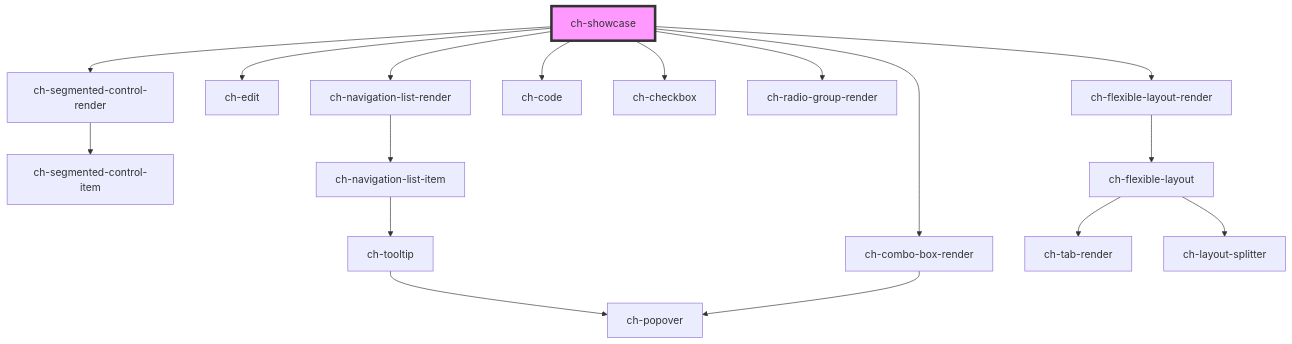
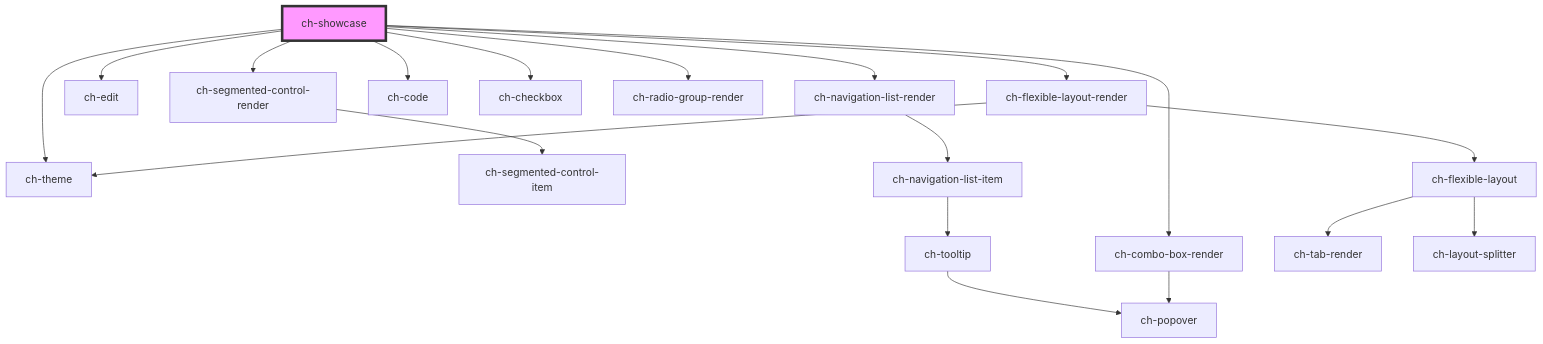
The diagram in src/showcase/assets/components/readme.md (genexuslabs/chameleon-controls-library), drawn with Mermaid before and after one commit. The commit also changed other lines of this file and 4 other files, not shown here.

````diff
--- a/src/showcase/assets/components/readme.md
+++ b/src/showcase/assets/components/readme.md
@@ -33,20 +34,22 @@
 ```mermaid
 graph TD;
+  ch-showcase --> ch-theme
   ch-showcase --> ch-segmented-control-render
   ch-showcase --> ch-edit
   ch-showcase --> ch-navigation-list-render
   ch-showcase --> ch-code
   ch-showcase --> ch-checkbox
   ch-showcase --> ch-combo-box-render
   ch-showcase --> ch-radio-group-render
   ch-showcase --> ch-flexible-layout-render
   ch-segmented-control-render --> ch-segmented-control-item
   ch-navigation-list-render --> ch-navigation-list-item
   ch-navigation-list-item --> ch-tooltip
   ch-tooltip --> ch-popover
   ch-combo-box-render --> ch-popover
+  ch-flexible-layout-render --> ch-theme
   ch-flexible-layout-render --> ch-flexible-layout
   ch-flexible-layout --> ch-tab-render
   ch-flexible-layout --> ch-layout-splitter
   style ch-showcase fill:#f9f,stroke:#333,stroke-width:4px
 ```
````
